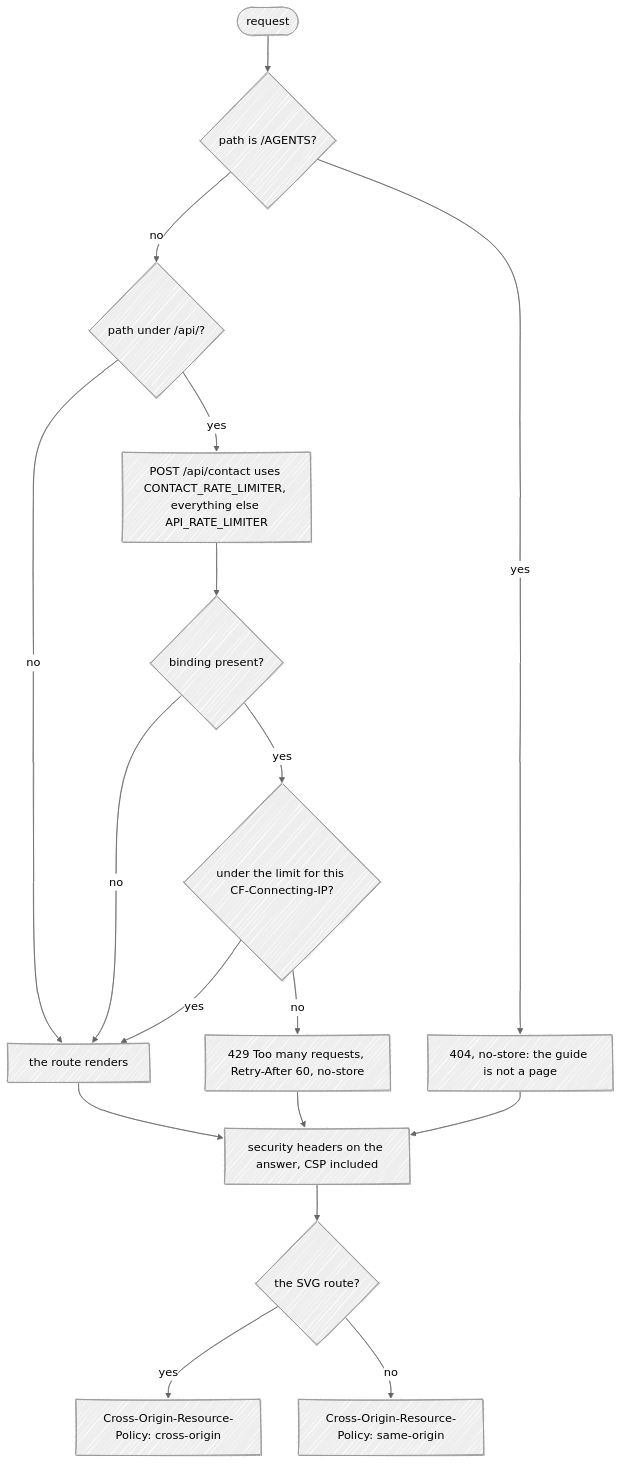
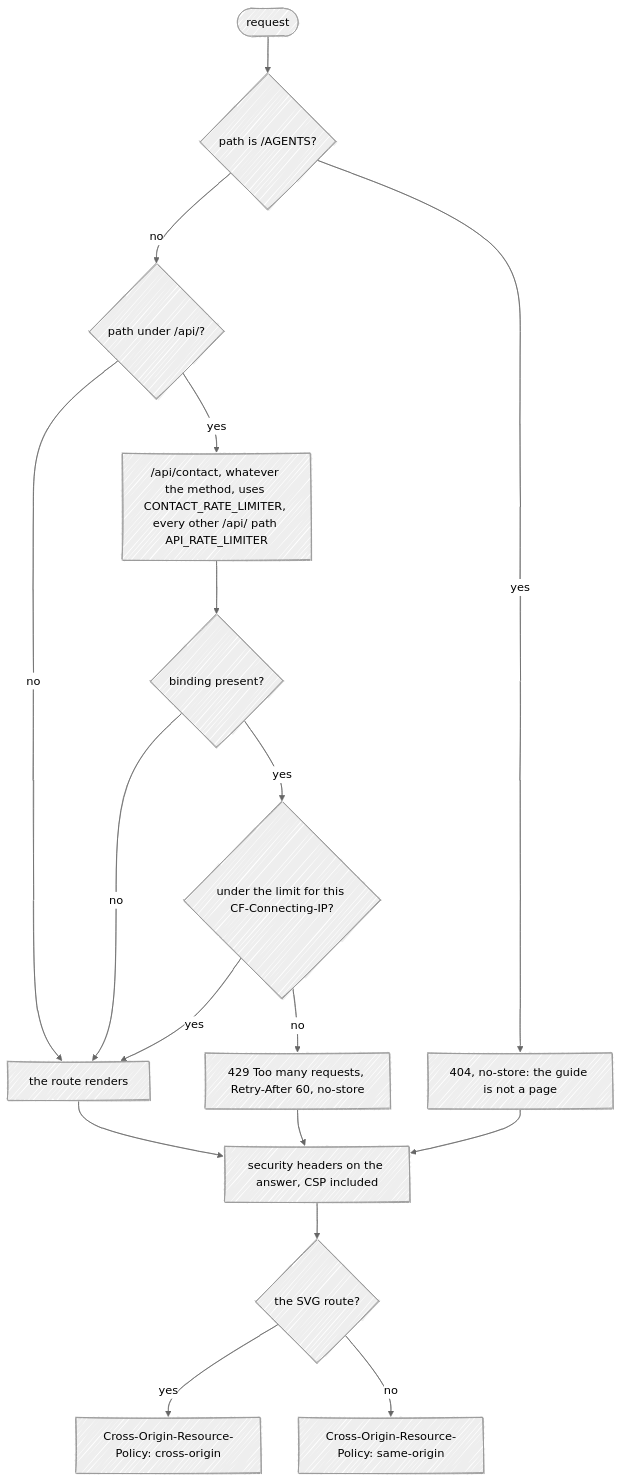
One commit to fbuireu/contribKit changed the first of 7 diagrams in docs/wiki/How-It-Works.md. Above: the diagram before and after it, drawn with Mermaid (neutral theme). The commit also changed other lines of this file and 8 other files, not shown here.

First line of the commit message:
docs: draw the layer map, CI, hook, middleware and cache diagrams as the code has them

````diff
--- a/docs/wiki/How-It-Works.md
+++ b/docs/wiki/How-It-Works.md
@@ -21,24 +21,24 @@
 ```mermaid
 ---
 config:
   look: handDrawn
   layout: dagre
 ---
 flowchart TD
     request(["request"]) --> agents{"path is /AGENTS?"}
     agents -->|"yes"| hidden["404, no-store: the guide is not a page"]
     agents -->|"no"| api{"path under /api/?"}
     api -->|"no"| route["the route renders"]
-    api -->|"yes"| which["POST /api/contact uses CONTACT_RATE_LIMITER, everything else API_RATE_LIMITER"]
+    api -->|"yes"| which["/api/contact, whatever the method, uses CONTACT_RATE_LIMITER, every other /api/ path API_RATE_LIMITER"]
     which --> bound{"binding present?"}
     bound -->|"no"| route
     bound -->|"yes"| limit{"under the limit for this CF-Connecting-IP?"}
     limit -->|"no"| refused["429 Too many requests, Retry-After 60, no-store"]
     limit -->|"yes"| route
     route --> headers["security headers on the answer, CSP included"]
     refused --> headers
     hidden --> headers
     headers --> embed{"the SVG route?"}
     embed -->|"yes"| corp["Cross-Origin-Resource-Policy: cross-origin"]
     embed -->|"no"| same["Cross-Origin-Resource-Policy: same-origin"]
 ```
````
